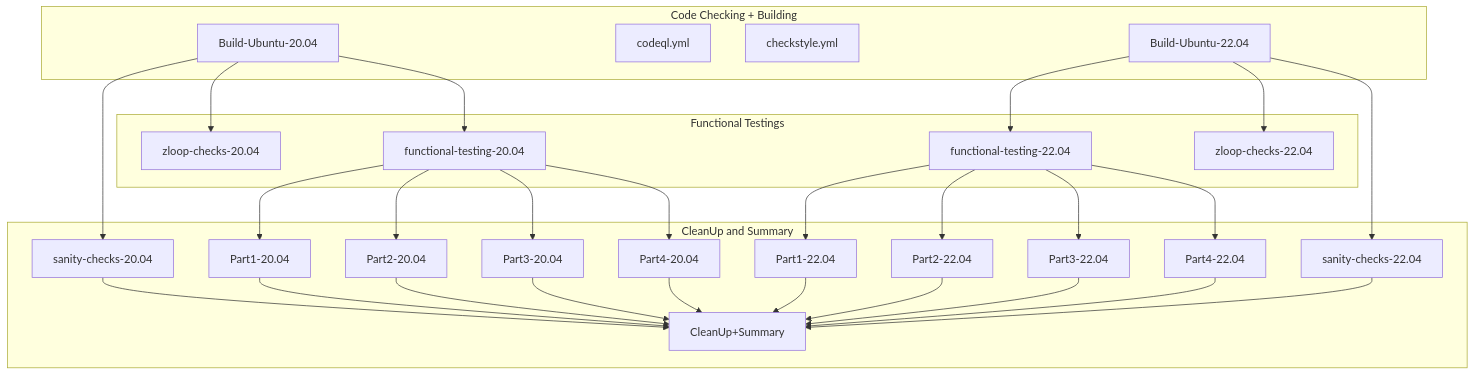
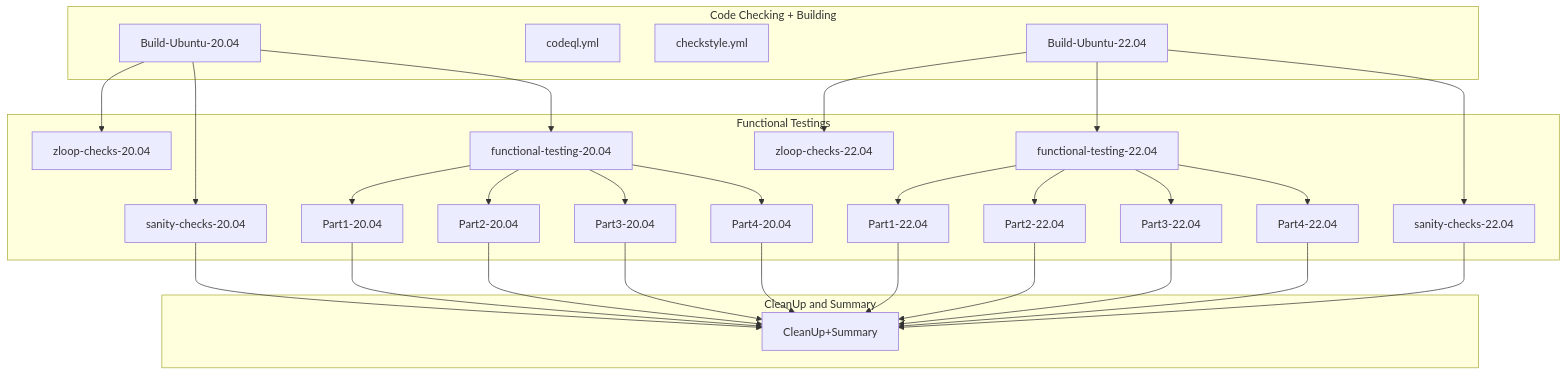
The diagram in .github/workflows/README.md (openzfs/zfs), drawn with Mermaid before and after one commit.

Commit message:
Move nodes into correct subgraphs

````diff
--- a/.github/workflows/README.md
+++ b/.github/workflows/README.md
@@ -4,41 +4,46 @@
 ```mermaid
 flowchart TB
 subgraph CleanUp and Summary
-  sanity-checks-20.04-->CleanUp+Summary
-  Part1-20.04-->CleanUp+Summary
-  Part2-20.04-->CleanUp+Summary
-  Part3-20.04-->CleanUp+Summary
-  Part4-20.04-->CleanUp+Summary
-  Part1-22.04-->CleanUp+Summary
-  Part2-22.04-->CleanUp+Summary
-  Part3-22.04-->CleanUp+Summary
-  Part4-22.04-->CleanUp+Summary
-  sanity-checks-22.04-->CleanUp+Summary
+  CleanUp+Summary
 end
 
 subgraph Functional Testings
   sanity-checks-20.04
   zloop-checks-20.04
   functional-testing-20.04-->Part1-20.04
   functional-testing-20.04-->Part2-20.04
   functional-testing-20.04-->Part3-20.04
   functional-testing-20.04-->Part4-20.04
   functional-testing-22.04-->Part1-22.04
   functional-testing-22.04-->Part2-22.04
   functional-testing-22.04-->Part3-22.04
   functional-testing-22.04-->Part4-22.04
   sanity-checks-22.04
   zloop-checks-22.04
 end
 
 subgraph Code Checking + Building
+  Build-Ubuntu-20.04
+  codeql.yml
+  checkstyle.yml
+  Build-Ubuntu-22.04
+end
+
   Build-Ubuntu-20.04-->sanity-checks-20.04
   Build-Ubuntu-20.04-->zloop-checks-20.04
   Build-Ubuntu-20.04-->functional-testing-20.04
-  codeql.yml
-  checkstyle.yml
   Build-Ubuntu-22.04-->sanity-checks-22.04
   Build-Ubuntu-22.04-->zloop-checks-22.04
   Build-Ubuntu-22.04-->functional-testing-22.04
-end
+
+  sanity-checks-20.04-->CleanUp+Summary
+  Part1-20.04-->CleanUp+Summary
+  Part2-20.04-->CleanUp+Summary
+  Part3-20.04-->CleanUp+Summary
+  Part4-20.04-->CleanUp+Summary
+  Part1-22.04-->CleanUp+Summary
+  Part2-22.04-->CleanUp+Summary
+  Part3-22.04-->CleanUp+Summary
+  Part4-22.04-->CleanUp+Summary
+  sanity-checks-22.04-->CleanUp+Summary
 ```
````
